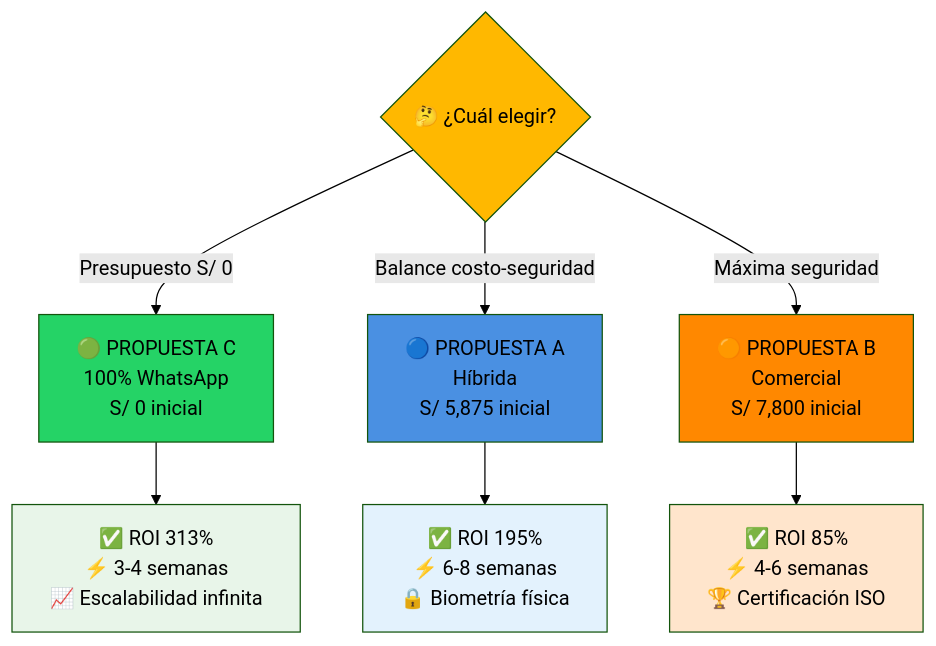
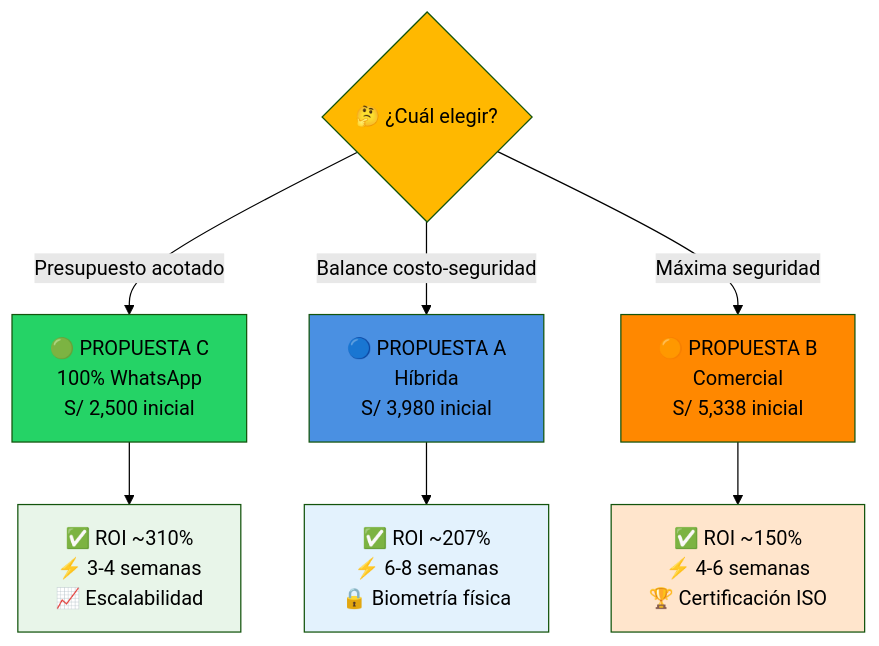
The first of 2 diagrams in 04-COMPARATIVA.md (jorgevasquezutec/mp-asistencia), drawn with Mermaid (forest theme) before and after one commit. The commit also changed other lines of this file and 6 other files, not shown here.

````diff
--- a/04-COMPARATIVA.md
+++ b/04-COMPARATIVA.md
@@ -20,20 +20,20 @@
 ```mermaid
 flowchart TB
     Decision{🤔 ¿Cuál elegir?}
 
-    Decision -->|Presupuesto S/ 0| PropC[🟢 PROPUESTA C<br/>100% WhatsApp<br/>S/ 0 inicial]
-    Decision -->|Balance costo-seguridad| PropA[🔵 PROPUESTA A<br/>Híbrida<br/>S/ 5,875 inicial]
-    Decision -->|Máxima seguridad| PropB[🟠 PROPUESTA B<br/>Comercial<br/>S/ 7,800 inicial]
+    Decision -->|Presupuesto acotado| PropC[🟢 PROPUESTA C<br/>100% WhatsApp<br/>S/ 2,500 inicial]
+    Decision -->|Balance costo-seguridad| PropA[🔵 PROPUESTA A<br/>Híbrida<br/>S/ 3,980 inicial]
+    Decision -->|Máxima seguridad| PropB[🟠 PROPUESTA B<br/>Comercial<br/>S/ 5,338 inicial]
 
-    PropC --> ResultC[✅ ROI 313%<br/>⚡ 3-4 semanas<br/>📈 Escalabilidad infinita]
-    PropA --> ResultA[✅ ROI 195%<br/>⚡ 6-8 semanas<br/>🔒 Biometría física]
-    PropB --> ResultB[✅ ROI 85%<br/>⚡ 4-6 semanas<br/>🏆 Certificación ISO]
+    PropC --> ResultC[✅ ROI ~310%<br/>⚡ 3-4 semanas<br/>📈 Escalabilidad]
+    PropA --> ResultA[✅ ROI ~207%<br/>⚡ 6-8 semanas<br/>🔒 Biometría física]
+    PropB --> ResultB[✅ ROI ~150%<br/>⚡ 4-6 semanas<br/>🏆 Certificación ISO]
 
     style Decision fill:#FFB800
     style PropC fill:#25D366
     style PropA fill:#4A90E2
     style PropB fill:#FF8800
     style ResultC fill:#E8F5E9
     style ResultA fill:#E3F2FD
     style ResultB fill:#FFE5CC
 ```
````
